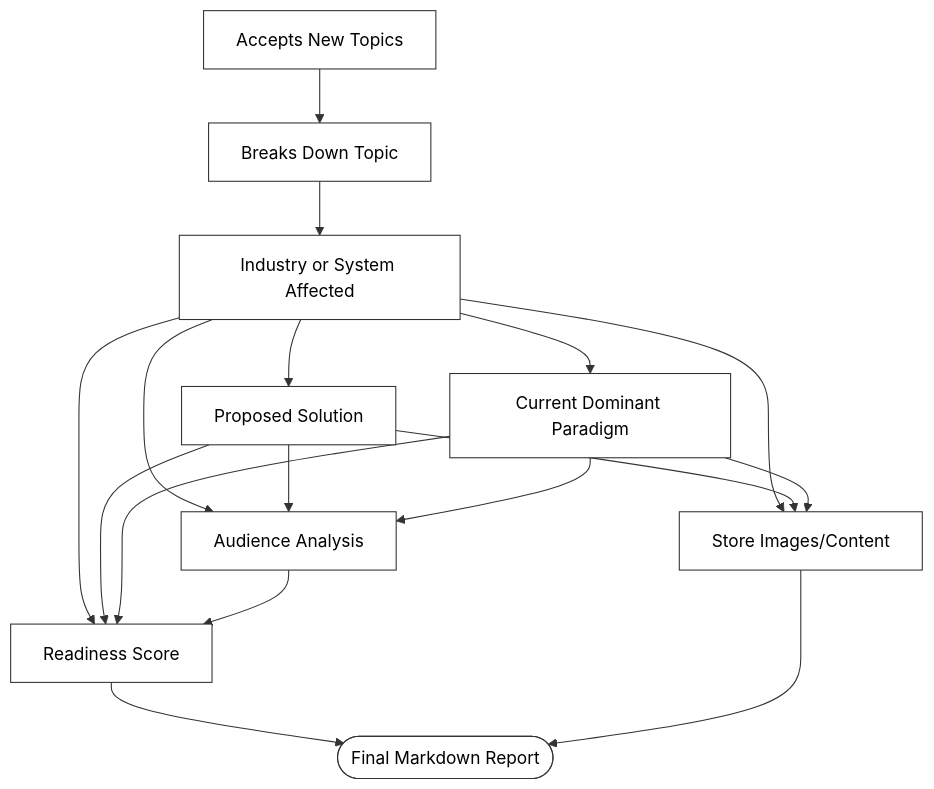
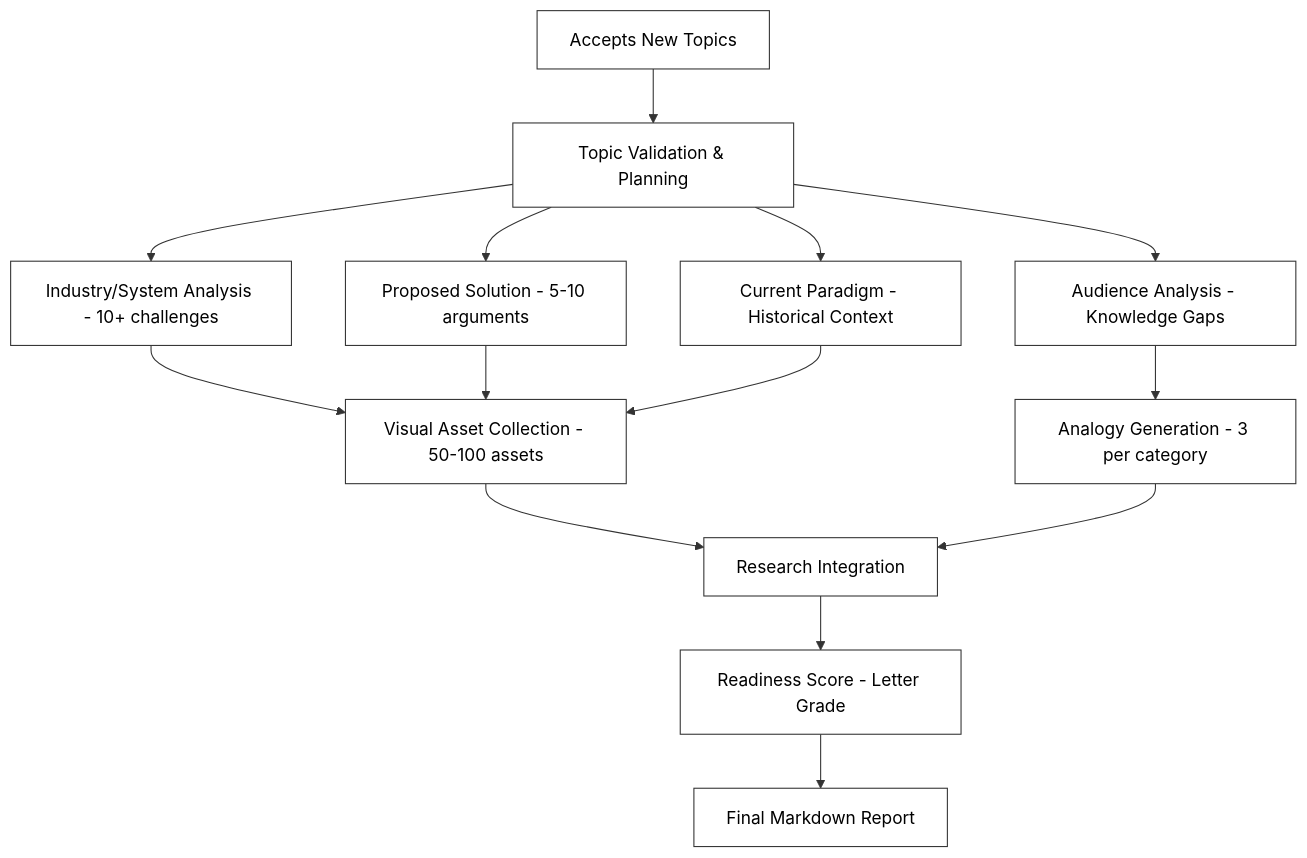
The first of 2 diagrams in project_requirements/prd.md (XavierDedenbach/blog-accelerator-agent), drawn with Mermaid before and after one commit. The commit also changed other lines of this file and 22 other files, not shown here.

````diff
--- a/project_requirements/prd.md
+++ b/project_requirements/prd.md
@@ -27,33 +29,27 @@
 ```mermaid
 graph TD;
-    A[Accepts New Topics] --> B[Breaks Down Topic];
-    B --> D[Industry or System Affected];
-    D --> E[Proposed Solution];
-    D --> F[Current Dominant Paradigm];
+    A[Accepts New Topics] --> B[Topic Validation & Planning];
+    B --> D[Industry/System Analysis - 10+ challenges];
+    B --> E[Proposed Solution - 5-10 arguments];
+    B --> F[Current Paradigm - Historical Context];
+    B --> G[Audience Analysis - Knowledge Gaps];
 
-    D --> G[Audience Analysis];
-    E --> G;
-    F --> G;
-
-    D --> I[Readiness Score];
-    E --> I;
-    F --> I;
-    G --> I;
-
-    D --> H[Store Images/Content];
-    E --> H;
-    F --> H;
-
-    I --> Report([Final Markdown Report]);
-    H --> Report;
-
+    D & E & F --> H[Visual Asset Collection - 50-100 assets];
+    G --> I[Analogy Generation - 3 per category];
+    H & I --> J[Research Integration];
+    
+    J --> K[Readiness Score - Letter Grade];
+    K --> L[Final Markdown Report];
+    
     style A fill:#fff,stroke:#333,stroke-width:1px,color:#000
     style B fill:#fff,stroke:#333,stroke-width:1px,color:#000
     style D fill:#fff,stroke:#333,stroke-width:1px,color:#000
     style E fill:#fff,stroke:#333,stroke-width:1px,color:#000
     style F fill:#fff,stroke:#333,stroke-width:1px,color:#000
     style G fill:#fff,stroke:#333,stroke-width:1px,color:#000
     style H fill:#fff,stroke:#333,stroke-width:1px,color:#000
     style I fill:#fff,stroke:#333,stroke-width:1px,color:#000
-    style Report fill:#fff,stroke:#333,stroke-width:1px,color:#000
+    style J fill:#fff,stroke:#333,stroke-width:1px,color:#000
+    style K fill:#fff,stroke:#333,stroke-width:1px,color:#000
+    style L fill:#fff,stroke:#333,stroke-width:1px,color:#000
 ```
````
